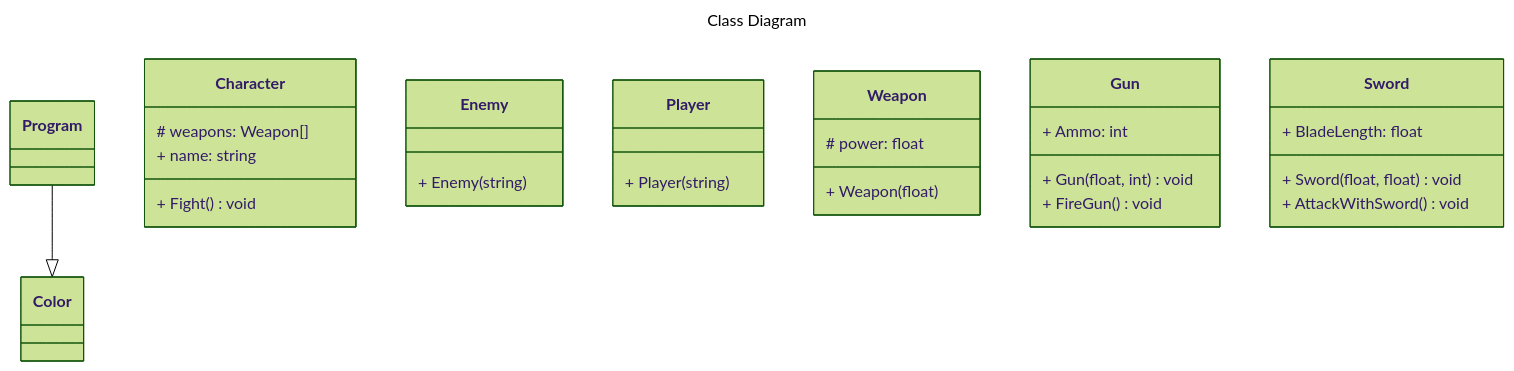
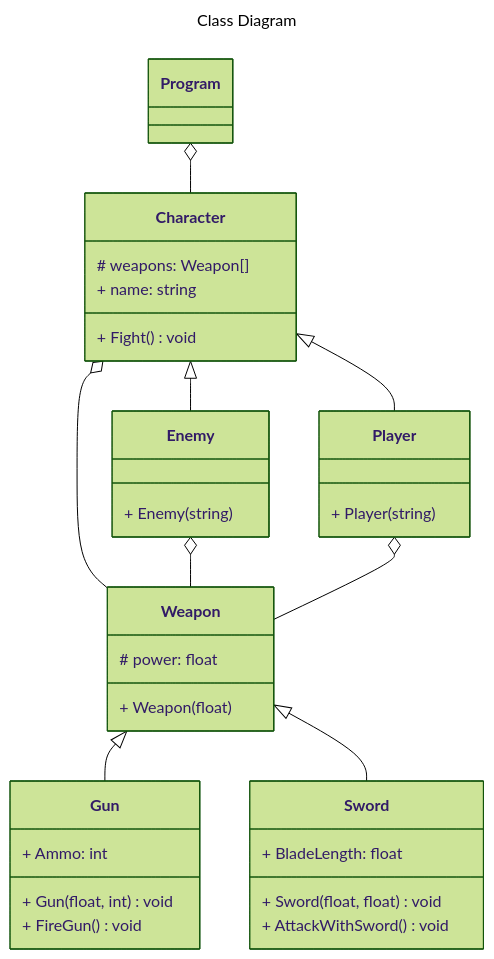
One commit to InesLexiGomes/LP1Semana07 changed the diagram in MiniGame/README.md. Above: the diagram before and after it, drawn with Mermaid (forest theme).

Commit message:
finished class diagram for the minigame

````diff
--- a/MiniGame/README.md
+++ b/MiniGame/README.md
@@ -3,42 +3,52 @@
 ```mermaid
 ---
 title: Class Diagram
 ---
 classDiagram
-    Program --|> Color
+    Program o-- Character
+
+    Character <|-- Enemy
+    Character <|-- Player
+
+    Weapon <|-- Gun
+    Weapon <|-- Sword
+
+    Character o-- Weapon
+    Enemy o-- Weapon
+    Player o-- Weapon
 
     class Character{
         # weapons: Weapon[]
         + name: string
 
         + Fight() void
     }
 
     class Enemy{
         + Enemy(string)
     }
 
     class Player{
         + Player(string)
     }
 
     class Weapon{
         # power: float
 
         + Weapon(float)
     }
 
     class Gun{
         + Ammo: int
 
         + Gun(float, int) void
         + FireGun() void
     }
 
     class Sword{
         + BladeLength: float
 
         + Sword(float, float) void
         + AttackWithSword() void
     }
 ```
````
